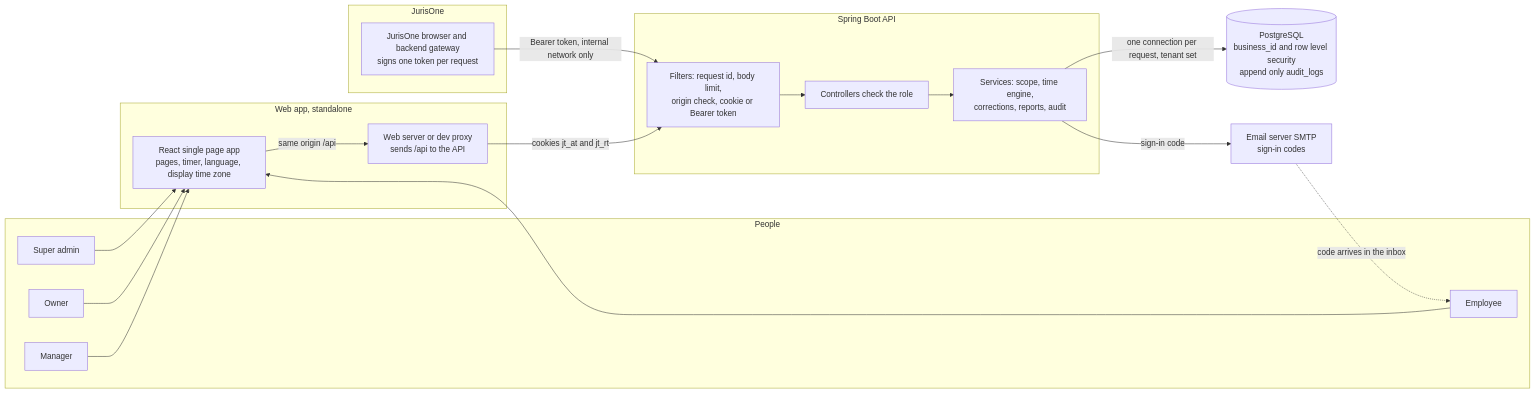
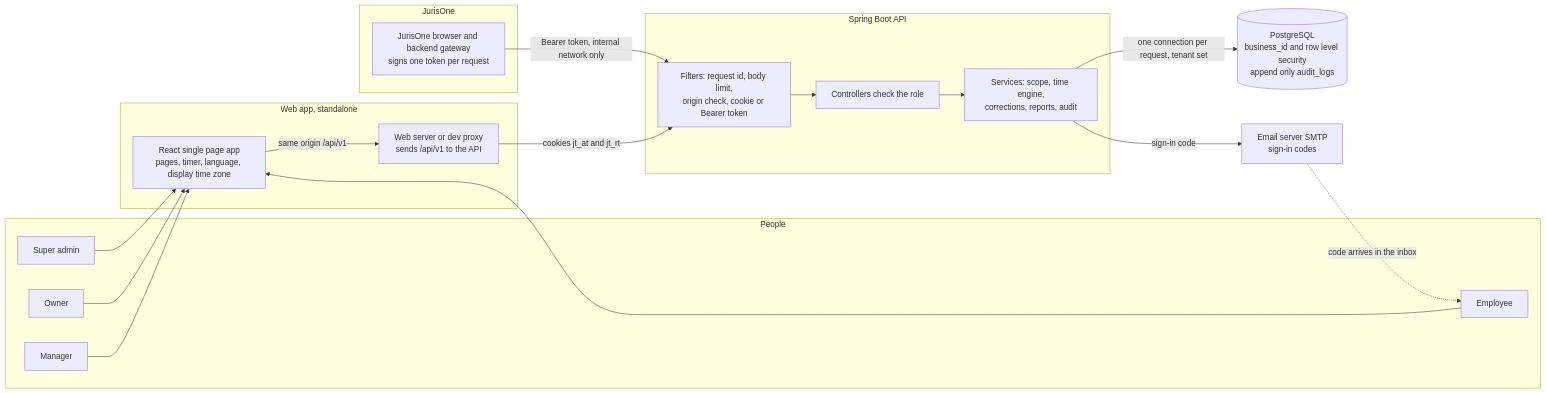
The first of 21 diagrams in references/FLOW-JurisTrack.md (amitjurislpo/juris-track), drawn with Mermaid before and after one commit. The commit also changed other lines of this file and 100 other files, not shown here.

````diff
--- a/references/FLOW-JurisTrack.md
+++ b/references/FLOW-JurisTrack.md
@@ -22,35 +22,35 @@
 ```mermaid
 flowchart LR
     subgraph Users["People"]
         SA["Super admin"]
         OW["Owner"]
         MG["Manager"]
         EM["Employee"]
     end
     subgraph Web["Web app, standalone"]
         SPA["React single page app<br/>pages, timer, language, display time zone"]
-        PROXY["Web server or dev proxy<br/>sends /api to the API"]
+        PROXY["Web server or dev proxy<br/>sends /api/v1 to the API"]
     end
     subgraph Api["Spring Boot API"]
         FILT["Filters: request id, body limit,<br/>origin check, cookie or Bearer token"]
         CTRL["Controllers check the role"]
         SVC["Services: scope, time engine,<br/>corrections, reports, audit"]
     end
     DB[("PostgreSQL<br/>business_id and row level security<br/>append only audit_logs")]
     MAIL["Email server SMTP<br/>sign-in codes"]
     subgraph J1["JurisOne"]
         JB["JurisOne browser and backend gateway<br/>signs one token per request"]
     end
     SA --> SPA
     OW --> SPA
     MG --> SPA
     EM --> SPA
-    SPA -->|"same origin /api"| PROXY
+    SPA -->|"same origin /api/v1"| PROXY
     PROXY -->|"cookies jt_at and jt_rt"| FILT
     JB -->|"Bearer token, internal network only"| FILT
     FILT --> CTRL
     CTRL --> SVC
     SVC -->|"one connection per request, tenant set"| DB
     SVC -->|"sign-in code"| MAIL
     MAIL -.->|"code arrives in the inbox"| EM
 ```
````
